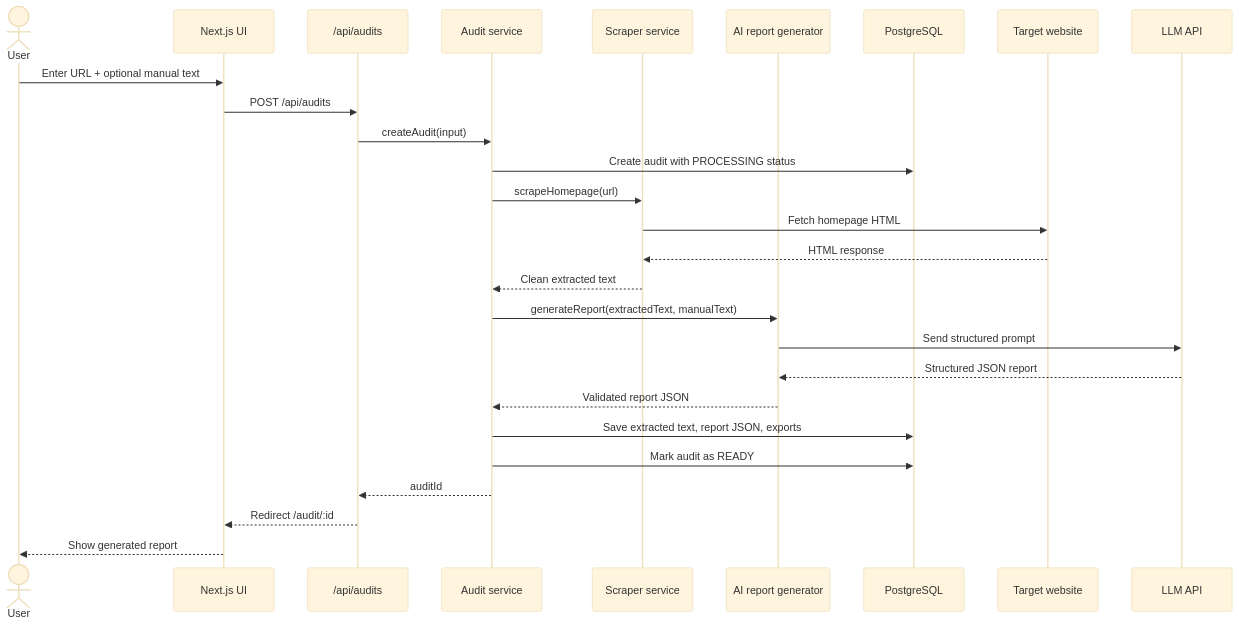
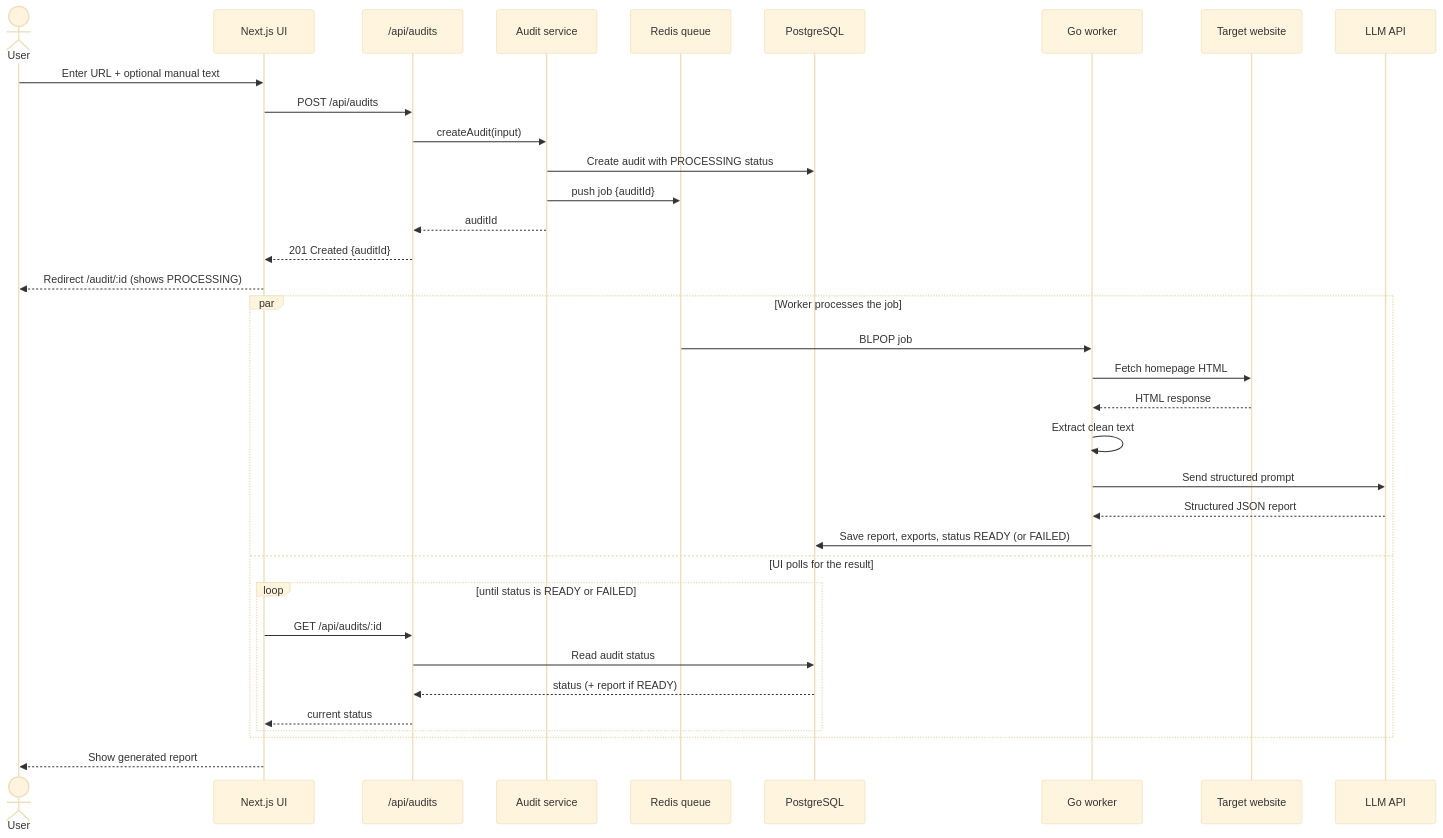
One commit to Luxion07/sitegap-ai changed the third of 12 diagrams in docs/ARCHITECTURE.md. Above: the diagram before and after it, drawn with Mermaid (base theme). The commit also changed other lines of this file and 1 other file, not shown here.

First line of the commit message:
docs(architecture): make the Go worker stage the current design

````diff
--- a/docs/ARCHITECTURE.md
+++ b/docs/ARCHITECTURE.md
@@ -79,30 +100,40 @@
 ```mermaid
 sequenceDiagram
   actor User
   participant UI as Next.js UI
   participant API as /api/audits
   participant Audit as Audit service
-  participant Scraper as Scraper service
-  participant AI as AI report generator
+  participant Queue as Redis queue
   participant DB as PostgreSQL
+  participant Worker as Go worker
   participant Site as Target website
   participant LLM as LLM API
 
   User->>UI: Enter URL + optional manual text
   UI->>API: POST /api/audits
   API->>Audit: createAudit(input)
   Audit->>DB: Create audit with PROCESSING status
-  Audit->>Scraper: scrapeHomepage(url)
-  Scraper->>Site: Fetch homepage HTML
-  Site-->>Scraper: HTML response
-  Scraper-->>Audit: Clean extracted text
-  Audit->>AI: generateReport(extractedText, manualText)
-  AI->>LLM: Send structured prompt
-  LLM-->>AI: Structured JSON report
-  AI-->>Audit: Validated report JSON
-  Audit->>DB: Save extracted text, report JSON, exports
-  Audit->>DB: Mark audit as READY
+  Audit->>Queue: push job {auditId}
   Audit-->>API: auditId
-  API-->>UI: Redirect /audit/:id
+  API-->>UI: 201 Created {auditId}
+  UI-->>User: Redirect /audit/:id (shows PROCESSING)
+
+  par Worker processes the job
+    Queue->>Worker: BLPOP job
+    Worker->>Site: Fetch homepage HTML
+    Site-->>Worker: HTML response
+    Worker->>Worker: Extract clean text
+    Worker->>LLM: Send structured prompt
+    LLM-->>Worker: Structured JSON report
+    Worker->>DB: Save report, exports, status READY (or FAILED)
+  and UI polls for the result
+    loop until status is READY or FAILED
+      UI->>API: GET /api/audits/:id
+      API->>DB: Read audit status
+      DB-->>API: status (+ report if READY)
+      API-->>UI: current status
+    end
+  end
+
   UI-->>User: Show generated report
 ```
````
